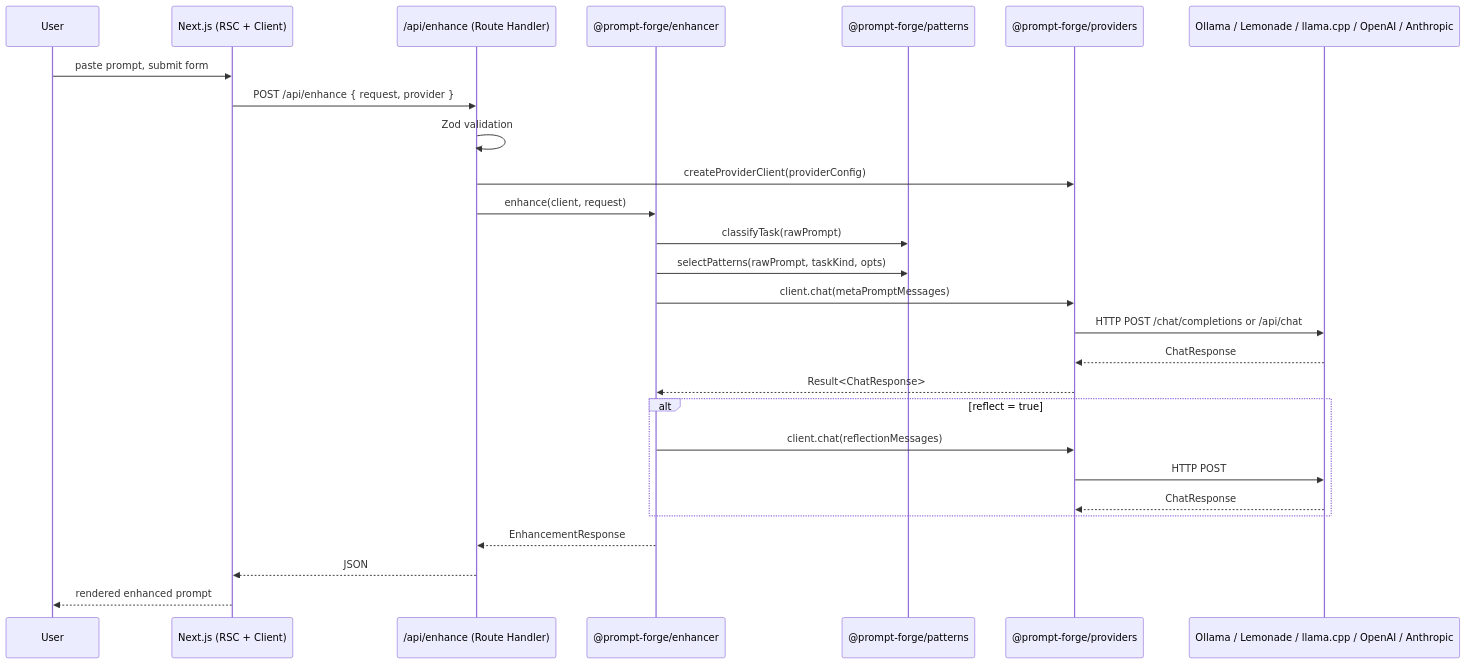
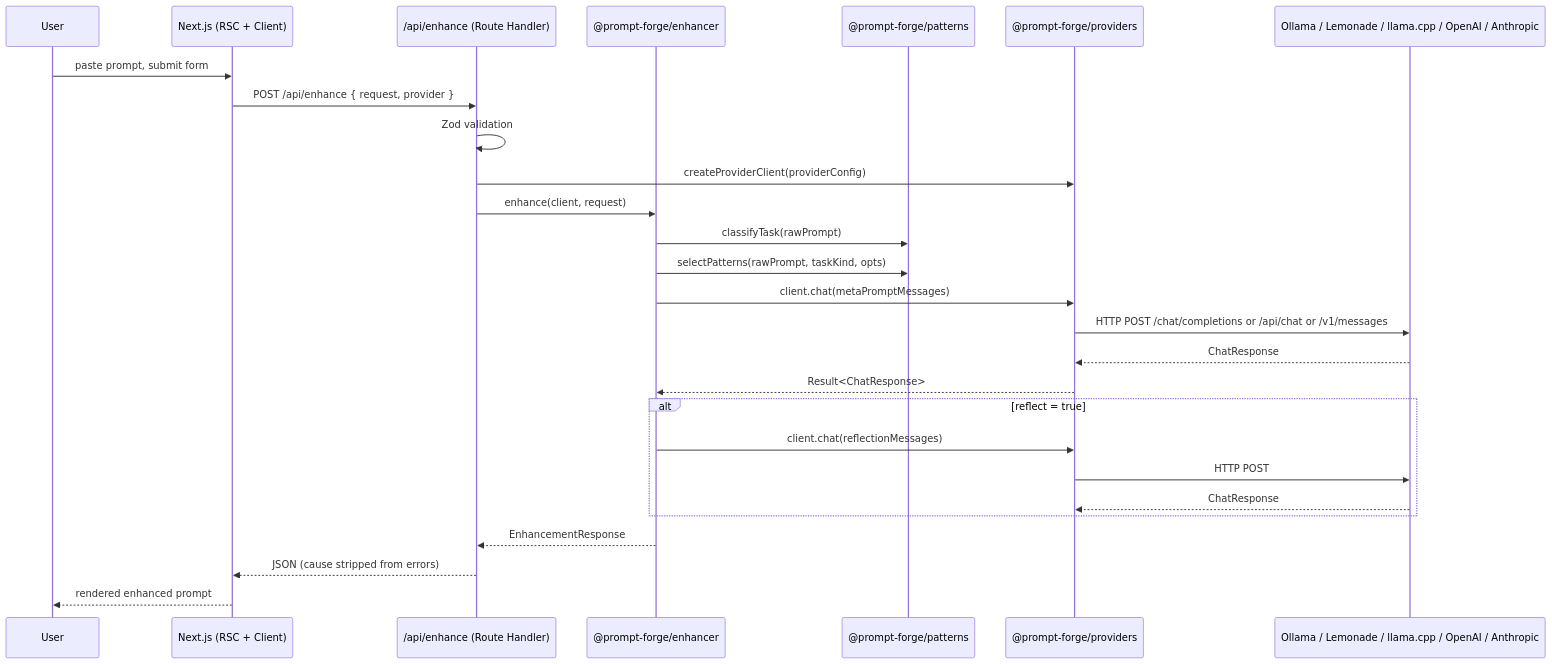
Before and after one commit to jdgiles26/agentic-mcp-server: the first of 3 diagrams in docs/architecture.md, drawn with Mermaid. The commit also changed other lines of this file and 18 other files, not shown here.

````diff
--- a/docs/architecture.md
+++ b/docs/architecture.md
@@ -5,30 +7,30 @@
 ```mermaid
 sequenceDiagram
   participant User
   participant Web as Next.js (RSC + Client)
   participant API as /api/enhance (Route Handler)
   participant Enhancer as @prompt-forge/enhancer
   participant Patterns as @prompt-forge/patterns
   participant Provider as @prompt-forge/providers
   participant LLM as Ollama / Lemonade / llama.cpp / OpenAI / Anthropic
 
   User->>Web: paste prompt, submit form
   Web->>API: POST /api/enhance { request, provider }
   API->>API: Zod validation
   API->>Provider: createProviderClient(providerConfig)
   API->>Enhancer: enhance(client, request)
   Enhancer->>Patterns: classifyTask(rawPrompt)
   Enhancer->>Patterns: selectPatterns(rawPrompt, taskKind, opts)
   Enhancer->>Provider: client.chat(metaPromptMessages)
-  Provider->>LLM: HTTP POST /chat/completions or /api/chat
+  Provider->>LLM: HTTP POST /chat/completions or /api/chat or /v1/messages
   LLM-->>Provider: ChatResponse
   Provider-->>Enhancer: Result<ChatResponse>
   alt reflect = true
     Enhancer->>Provider: client.chat(reflectionMessages)
     Provider->>LLM: HTTP POST
     LLM-->>Provider: ChatResponse
   end
   Enhancer-->>API: EnhancementResponse
-  API-->>Web: JSON
+  API-->>Web: JSON (cause stripped from errors)
   Web-->>User: rendered enhanced prompt
 ```
````
